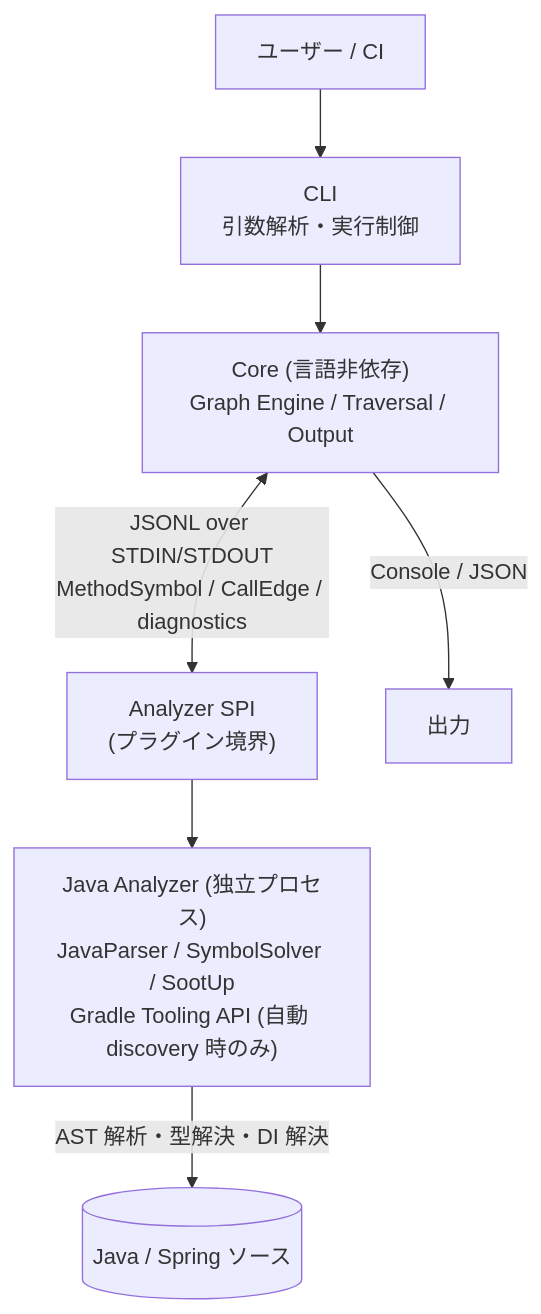
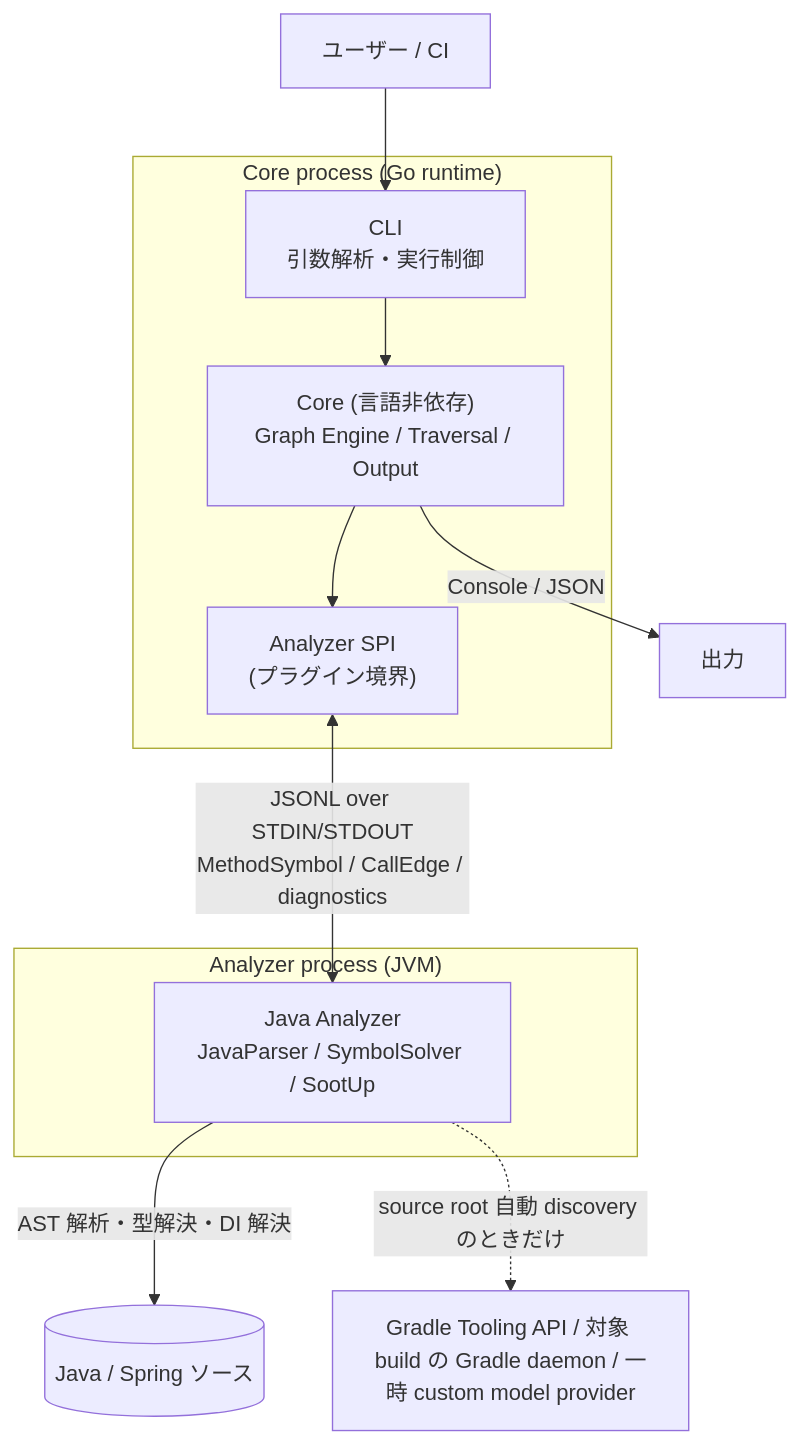
Before and after one commit to Fukuemon/depwalk: the first of 3 diagrams in design/DesignDoc.md, drawn with Mermaid. The commit also changed other lines of this file and 26 other files, not shown here.

````diff
--- a/design/DesignDoc.md
+++ b/design/DesignDoc.md
@@ -123,9 +62,18 @@
 ```mermaid
 flowchart TD
-    user["ユーザー / CI"] --> cli["CLI<br/>引数解析・実行制御"]
-    cli --> core["Core (言語非依存)<br/>Graph Engine / Traversal / Output"]
-    core <-->|"JSONL over STDIN/STDOUT<br/>MethodSymbol / CallEdge / diagnostics"| spi["Analyzer SPI<br/>(プラグイン境界)"]
-    spi --> ja["Java Analyzer (独立プロセス)<br/>JavaParser / SymbolSolver / SootUp<br/>Gradle Tooling API (自動 discovery 時のみ)"]
+    user["ユーザー / CI"] --> cli
+    subgraph core_proc["Core process (Go runtime)"]
+        cli["CLI<br/>引数解析・実行制御"]
+        core["Core (言語非依存)<br/>Graph Engine / Traversal / Output"]
+        spi["Analyzer SPI<br/>(プラグイン境界)"]
+        cli --> core
+        core --> spi
+    end
+    subgraph analyzer_proc["Analyzer process (JVM)"]
+        ja["Java Analyzer<br/>JavaParser / SymbolSolver / SootUp"]
+    end
+    spi <-->|"JSONL over STDIN/STDOUT<br/>MethodSymbol / CallEdge / diagnostics"| ja
     ja -->|"AST 解析・型解決・DI 解決"| src[("Java / Spring ソース")]
+    ja -.->|"source root 自動 discovery のときだけ"| gradle["Gradle Tooling API / 対象 build の Gradle daemon / 一時 custom model provider"]
     core -->|"Console / JSON"| out["出力"]
 ```
````
